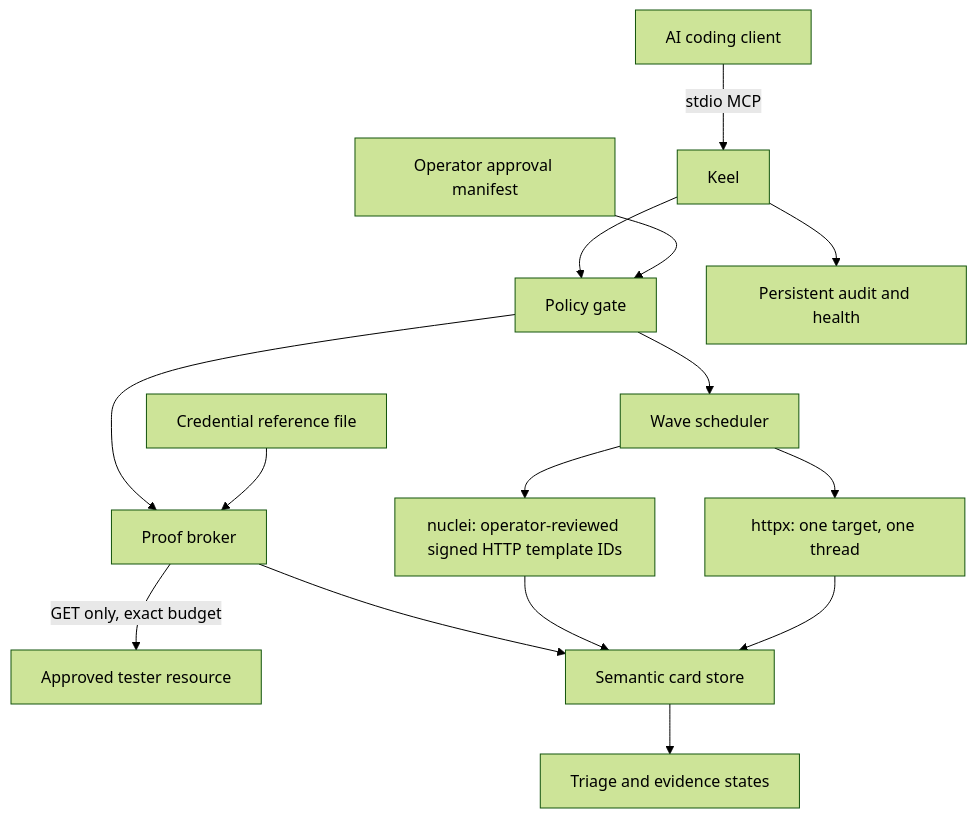
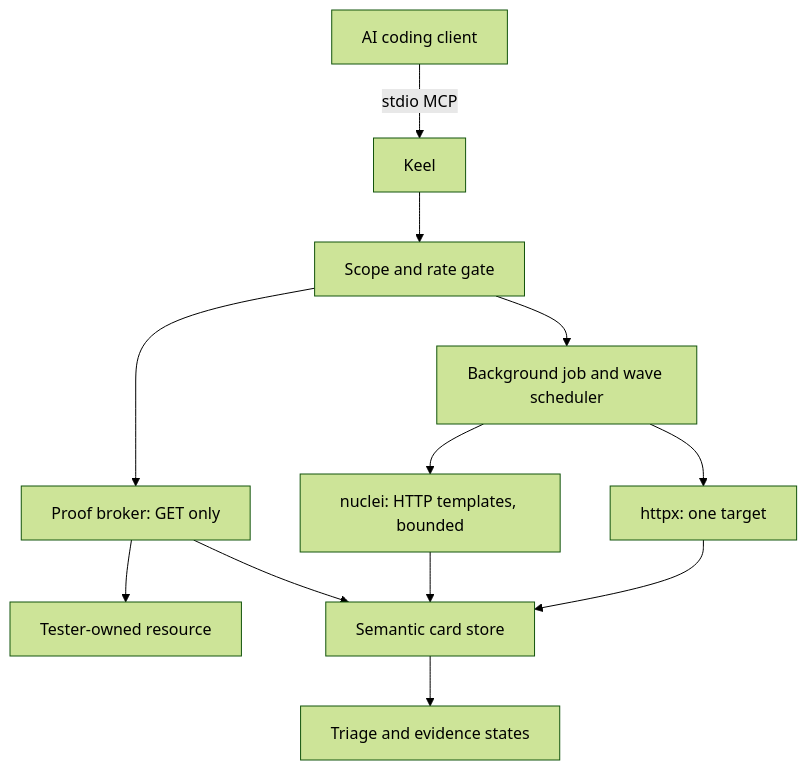
Before and after one commit to lutfizp/keel: the diagram in README.md, drawn with Mermaid (forest theme). The commit also changed other lines of this file and 41 other files, not shown here.

````diff
--- a/README.md
+++ b/README.md
@@ -43,17 +44,14 @@
 ```mermaid
 flowchart TD
     A[AI coding client] -->|stdio MCP| B[Keel]
-    O[Operator approval manifest] --> C[Policy gate]
-    V[Credential reference file] --> P[Proof broker]
-    B --> C
-    C --> W[Wave scheduler]
-    W --> H[httpx: one target, one thread]
-    W --> N[nuclei: operator-reviewed signed HTTP template IDs]
-    C --> P
-    P -->|GET only, exact budget| T[Approved tester resource]
+    B --> C[Scope and rate gate]
+    C --> W[Background job and wave scheduler]
+    W --> H[httpx: one target]
+    W --> N[nuclei: HTTP templates, bounded]
+    C --> P[Proof broker: GET only]
+    P --> T[Tester-owned resource]
     H --> S[Semantic card store]
     N --> S
     P --> S
     S --> Q[Triage and evidence states]
-    B --> L[Persistent audit and health]
 ```
````
